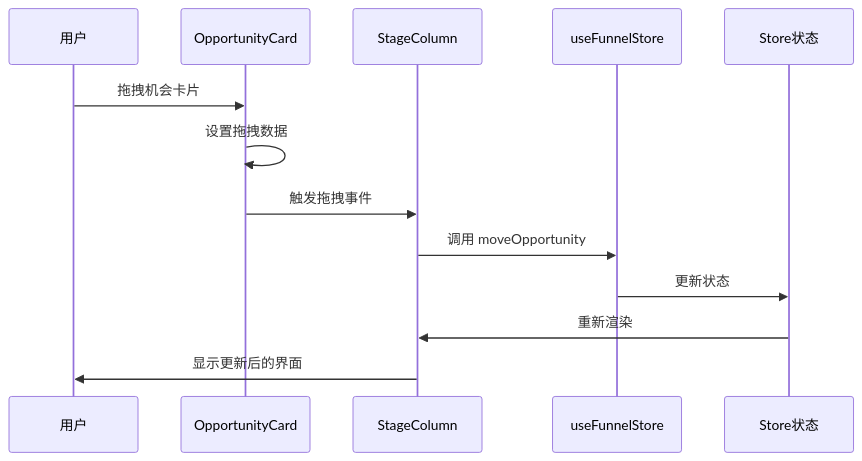
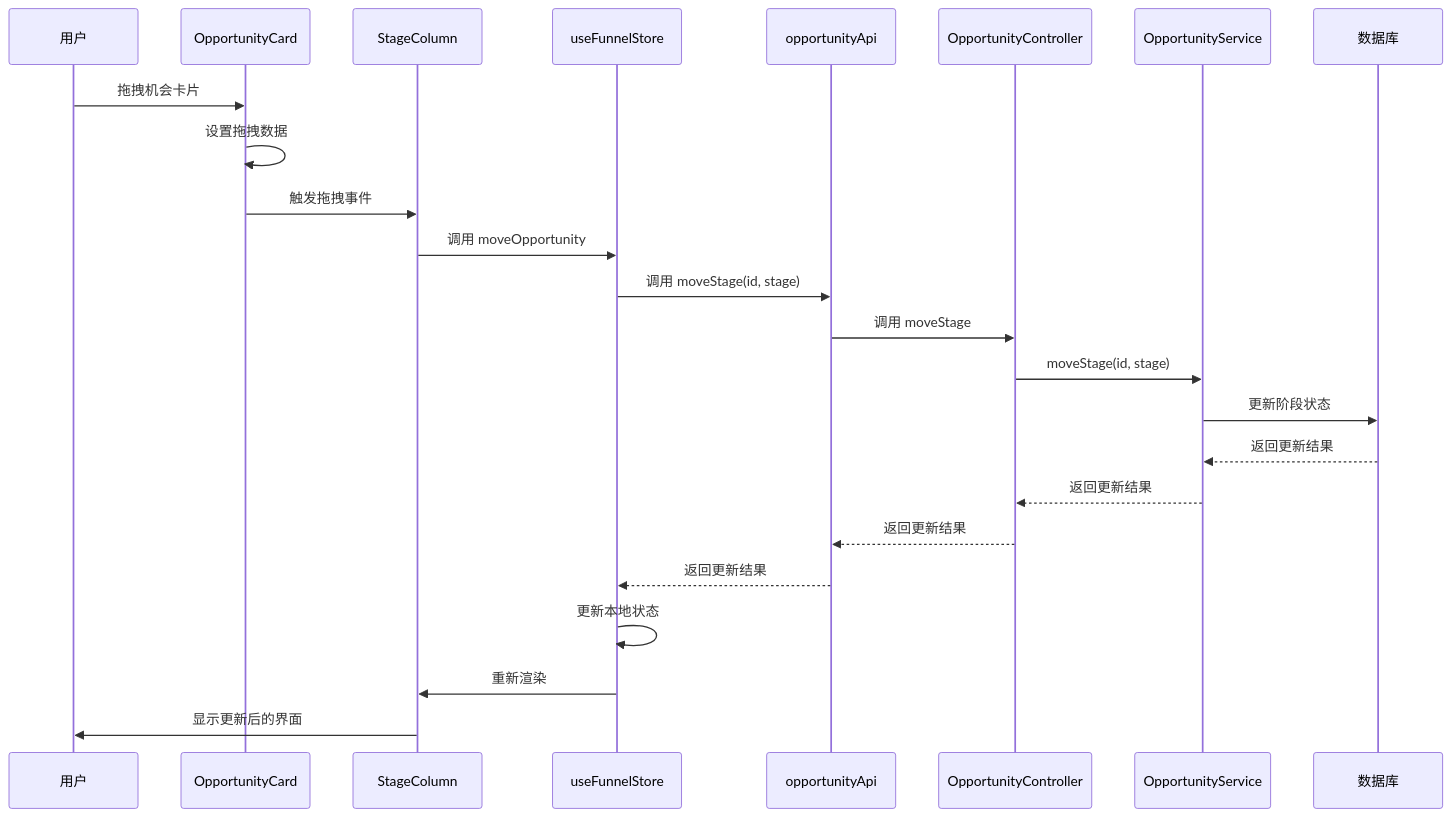
Before and after one commit to xianjianshenqu/SalesFlow-CRM: the fourth of 5 diagrams in .qoder/repowiki/zh/content/API参考/SalesFunnel 销售漏斗组件.md, drawn with Mermaid. The commit also changed other lines of this file and 28 other files, not shown here.

````diff
--- a/.qoder/repowiki/zh/content/API参考/SalesFunnel 销售漏斗组件.md
+++ b/.qoder/repowiki/zh/content/API参考/SalesFunnel 销售漏斗组件.md
@@ -139,15 +162,26 @@
 ```mermaid
 sequenceDiagram
 participant User as 用户
 participant Card as OpportunityCard
 participant Column as StageColumn
 participant Store as useFunnelStore
-participant State as Store状态
+participant API as opportunityApi
+participant Controller as OpportunityController
+participant Service as OpportunityService
+participant DB as 数据库
 User->>Card : 拖拽机会卡片
 Card->>Card : 设置拖拽数据
 Card->>Column : 触发拖拽事件
 Column->>Store : 调用 moveOpportunity
-Store->>State : 更新状态
-State->>Column : 重新渲染
+Store->>API : 调用 moveStage(id, stage)
+API->>Controller : 调用 moveStage
+Controller->>Service : moveStage(id, stage)
+Service->>DB : 更新阶段状态
+DB-->>Service : 返回更新结果
+Service-->>Controller : 返回更新结果
+Controller-->>API : 返回更新结果
+API-->>Store : 返回更新结果
+Store->>Store : 更新本地状态
+Store->>Column : 重新渲染
 Column->>User : 显示更新后的界面
 ```
````
